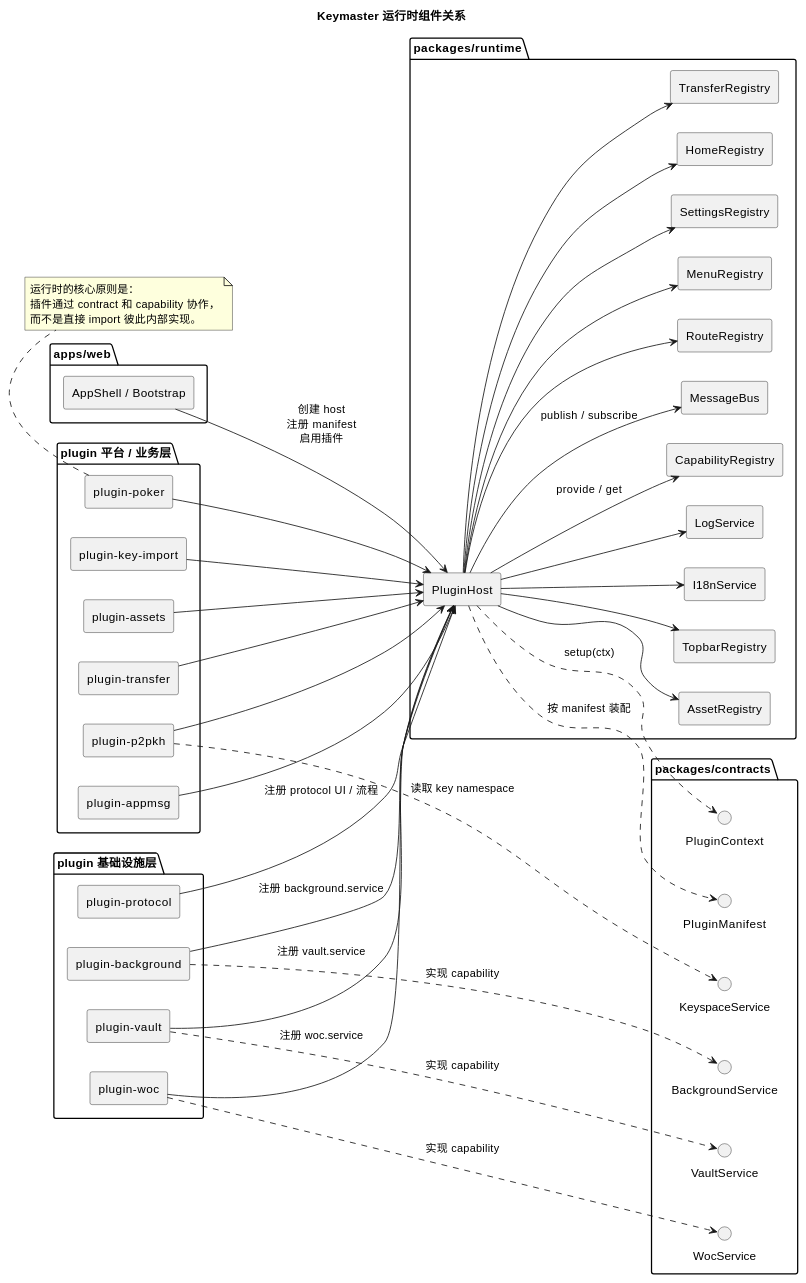
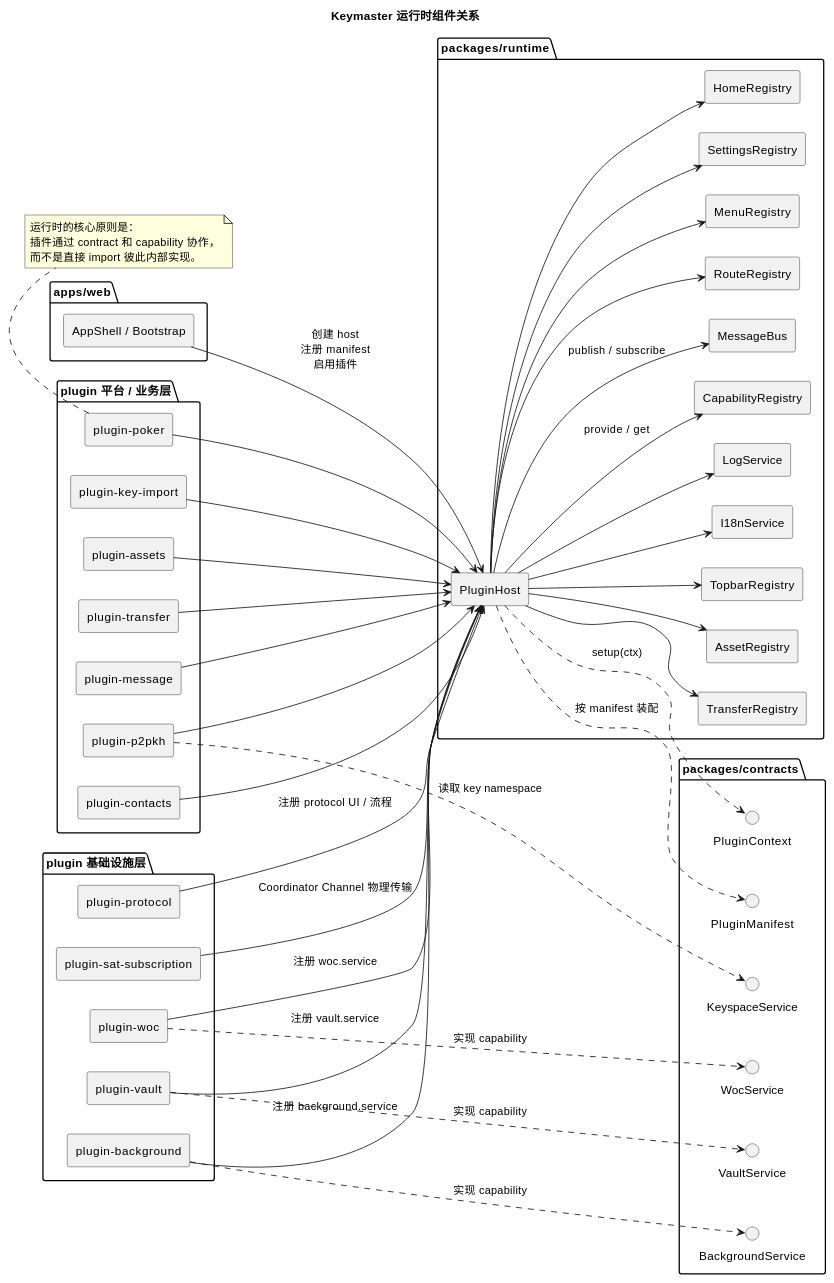
The first of 4 diagrams in docs/architecture/code-architecture.md (bsv8/keymaster.cc), drawn with PlantUML before and after one commit. The commit also changed other lines of this file and 174 other files, not shown here.

```diff
--- a/docs/architecture/code-architecture.md
+++ b/docs/architecture/code-architecture.md
@@ -66,6 +66,7 @@
   [plugin-background]
   [plugin-woc]
   [plugin-protocol]
+  [plugin-sat-subscription]
 }
 
 package "plugin 平台 / 业务层" {
@@ -73,7 +74,8 @@
   [plugin-assets]
   [plugin-transfer]
   [plugin-p2pkh]
-  [plugin-appmsg]
+  [plugin-message]
+  [plugin-contacts]
   [plugin-poker]
 }
 
@@ -106,7 +108,9 @@
 [plugin-assets] --> [PluginHost]
 [plugin-transfer] --> [PluginHost]
 [plugin-p2pkh] --> [PluginHost]
-[plugin-appmsg] --> [PluginHost]
+[plugin-sat-subscription] --> [PluginHost] : Coordinator Channel 物理传输
+[plugin-message] --> [PluginHost]
+[plugin-contacts] --> [PluginHost]
 [plugin-poker] --> [PluginHost]
 
 note bottom
```
